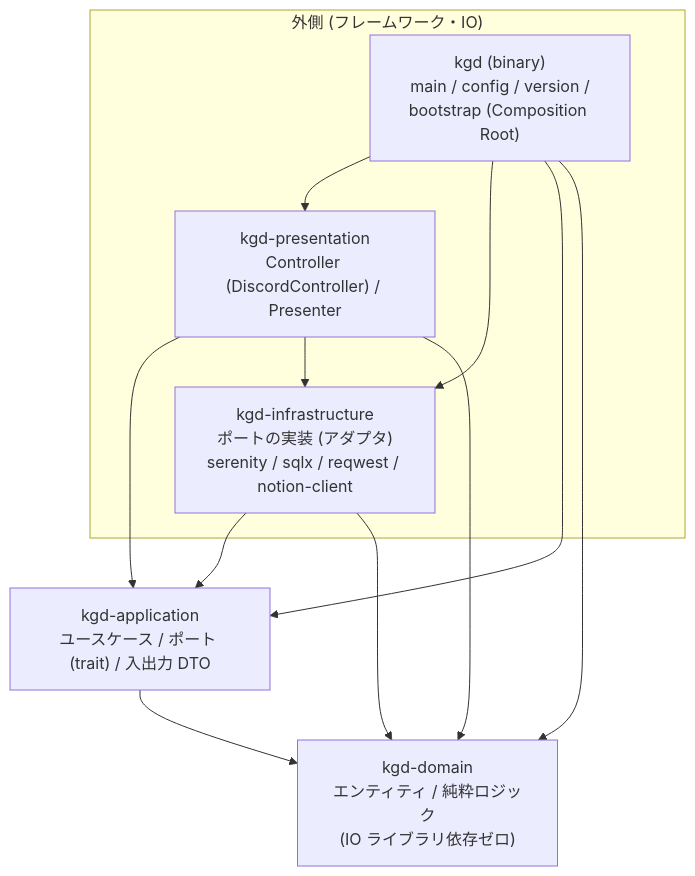
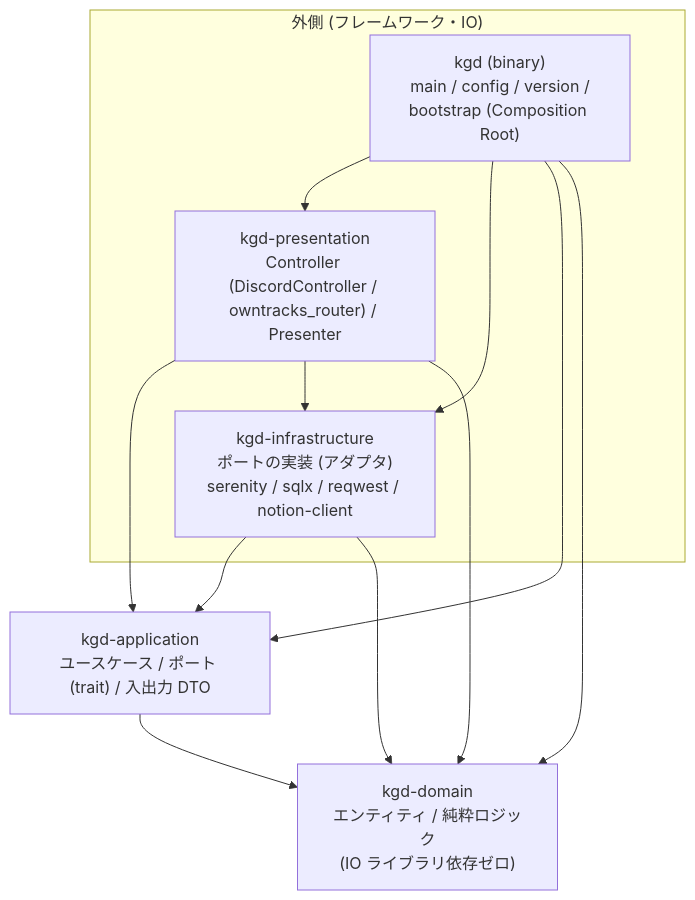
Before and after one commit to ekuinox/kgd: the first of 4 diagrams in docs/architecture.md, drawn with Mermaid. The commit also changed other lines of this file and 33 other files, not shown here.

````diff
--- a/docs/architecture.md
+++ b/docs/architecture.md
@@ -10,21 +10,21 @@
 ```mermaid
 graph TD
     subgraph outer["外側 (フレームワーク・IO)"]
         BIN["kgd (binary)<br>main / config / version /<br>bootstrap (Composition Root)"]
-        PRES["kgd-presentation<br>Controller (DiscordController) / Presenter"]
+        PRES["kgd-presentation<br>Controller (DiscordController / owntracks_router) / Presenter"]
         INFRA["kgd-infrastructure<br>ポートの実装 (アダプタ)<br>serenity / sqlx / reqwest / notion-client"]
     end
     APP["kgd-application<br>ユースケース / ポート (trait) / 入出力 DTO"]
     DOM["kgd-domain<br>エンティティ / 純粋ロジック<br>(IO ライブラリ依存ゼロ)"]
 
     BIN --> PRES
     BIN --> INFRA
     BIN --> APP
     BIN --> DOM
     PRES --> APP
     PRES --> INFRA
     PRES --> DOM
     INFRA --> APP
     INFRA --> DOM
     APP --> DOM
 ```
````
